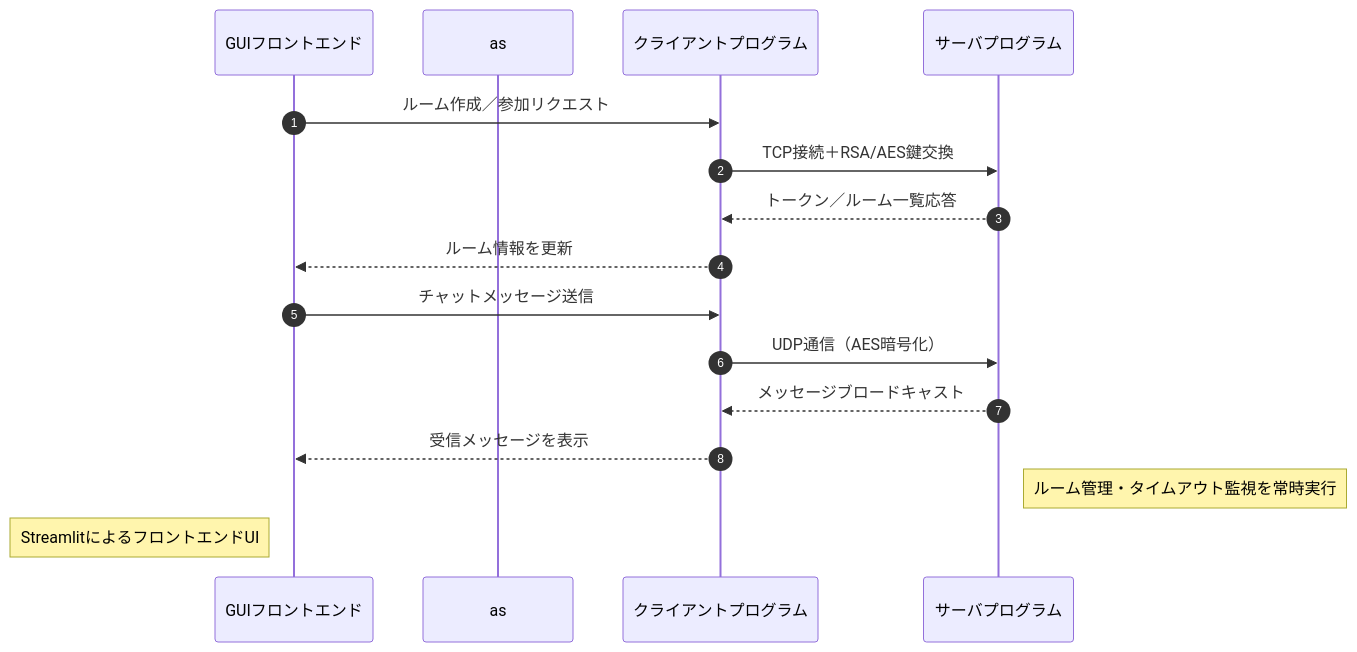
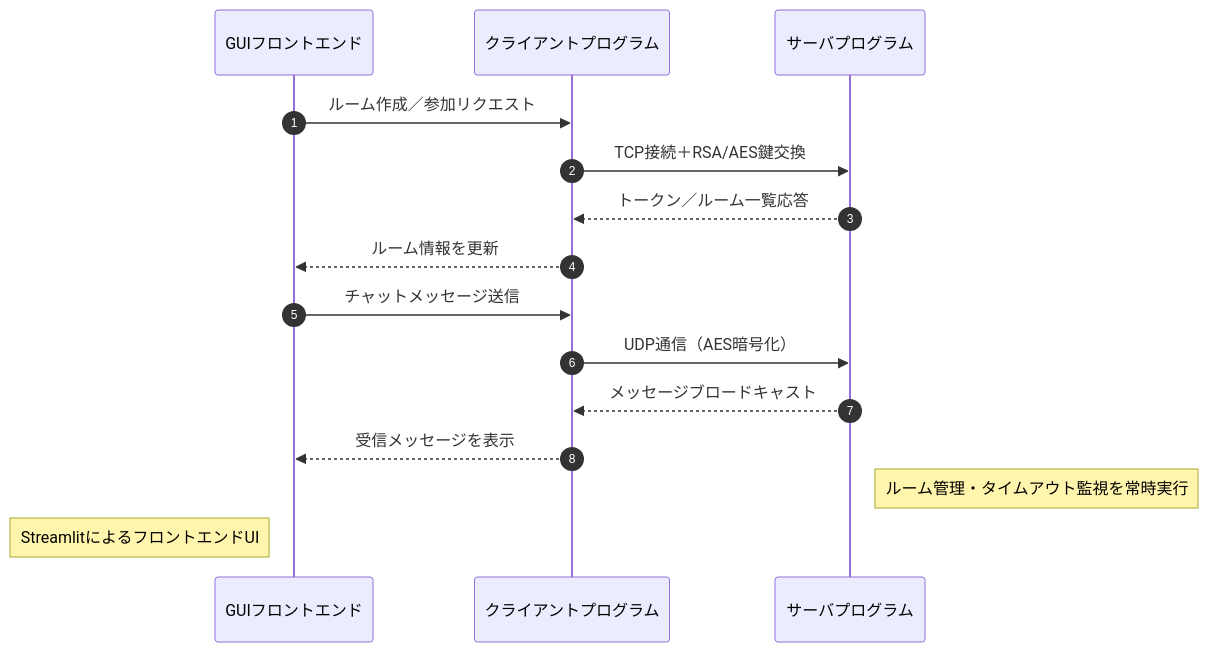
The first of 5 diagrams in README.md (BackendExplorer/Online-Chat-Service), drawn with Mermaid before and after one commit.

````diff
--- a/README.md
+++ b/README.md
@@ -1,23 +1,23 @@
 ```mermaid
 sequenceDiagram
     autonumber
-    participant GUI      as GUIフロントエンド
-    participant          as 
-    participant Client   as クライアントプログラム
-    participant          as 
-    participant Server   as サーバプログラム
+    participant GUI as GUIフロントエンド
+    participant Client as クライアントプログラム
+    participant Server as サーバプログラム
 
+    %% メッセージ交換
     GUI ->> Client: ルーム作成／参加リクエスト
     Client ->> Server: TCP接続＋RSA/AES鍵交換
     Server -->> Client: トークン／ルーム一覧応答
     Client -->> GUI: ルーム情報を更新
 
     GUI ->> Client: チャットメッセージ送信
     Client ->> Server: UDP通信（AES暗号化）
     Server -->> Client: メッセージブロードキャスト
     Client -->> GUI: 受信メッセージを表示
 
+    %% 注釈
     note right of Server: ルーム管理・タイムアウト監視を常時実行
     note left of GUI: StreamlitによるフロントエンドUI
 
 ```
````
